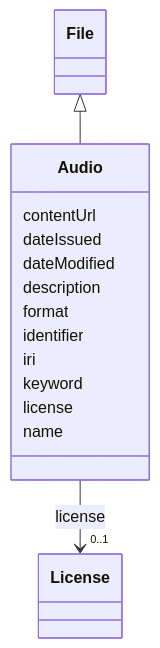
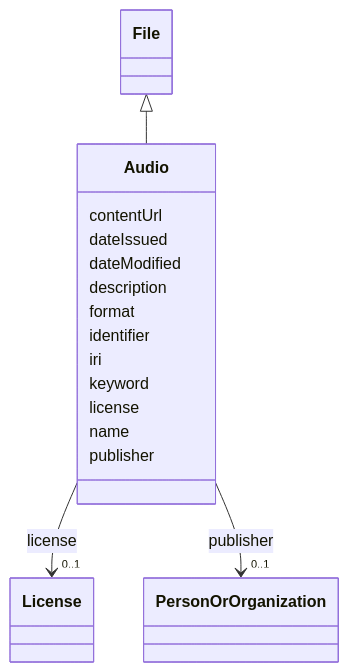
Before and after one commit to EVORA-project/evora-ontology: the diagram in models/docs/Audio.md, drawn with Mermaid. The commit also changed other lines of this file and 468 other files, not shown here.

````diff
--- a/models/docs/Audio.md
+++ b/models/docs/Audio.md
@@ -19,36 +19,45 @@
 ```mermaid
  classDiagram
     class Audio
     click Audio href "../Audio"
       File <|-- Audio
         click File href "../File"
       
       Audio : contentUrl
         
       Audio : dateIssued
         
       Audio : dateModified
         
       Audio : description
         
       Audio : format
         
       Audio : identifier
         
       Audio : iri
         
       Audio : keyword
         
       Audio : license
         
           
     
     
     Audio --> "0..1" License : license
     click License href "../License"
 
         
       Audio : name
         
+      Audio : publisher
+        
+          
+    
+    
+    Audio --> "0..1" PersonOrOrganization : publisher
+    click PersonOrOrganization href "../PersonOrOrganization"
+
+        
       
 ```
````
